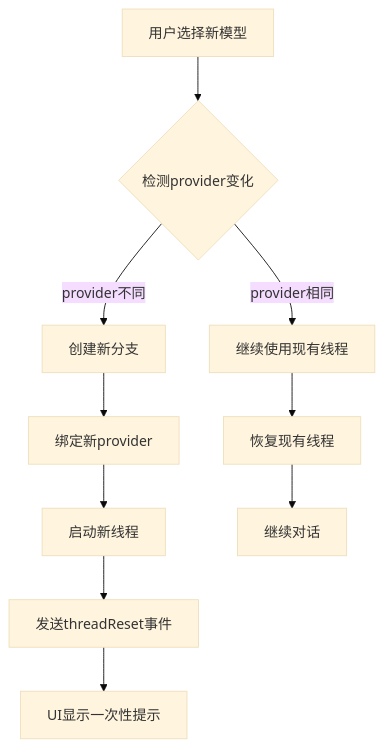
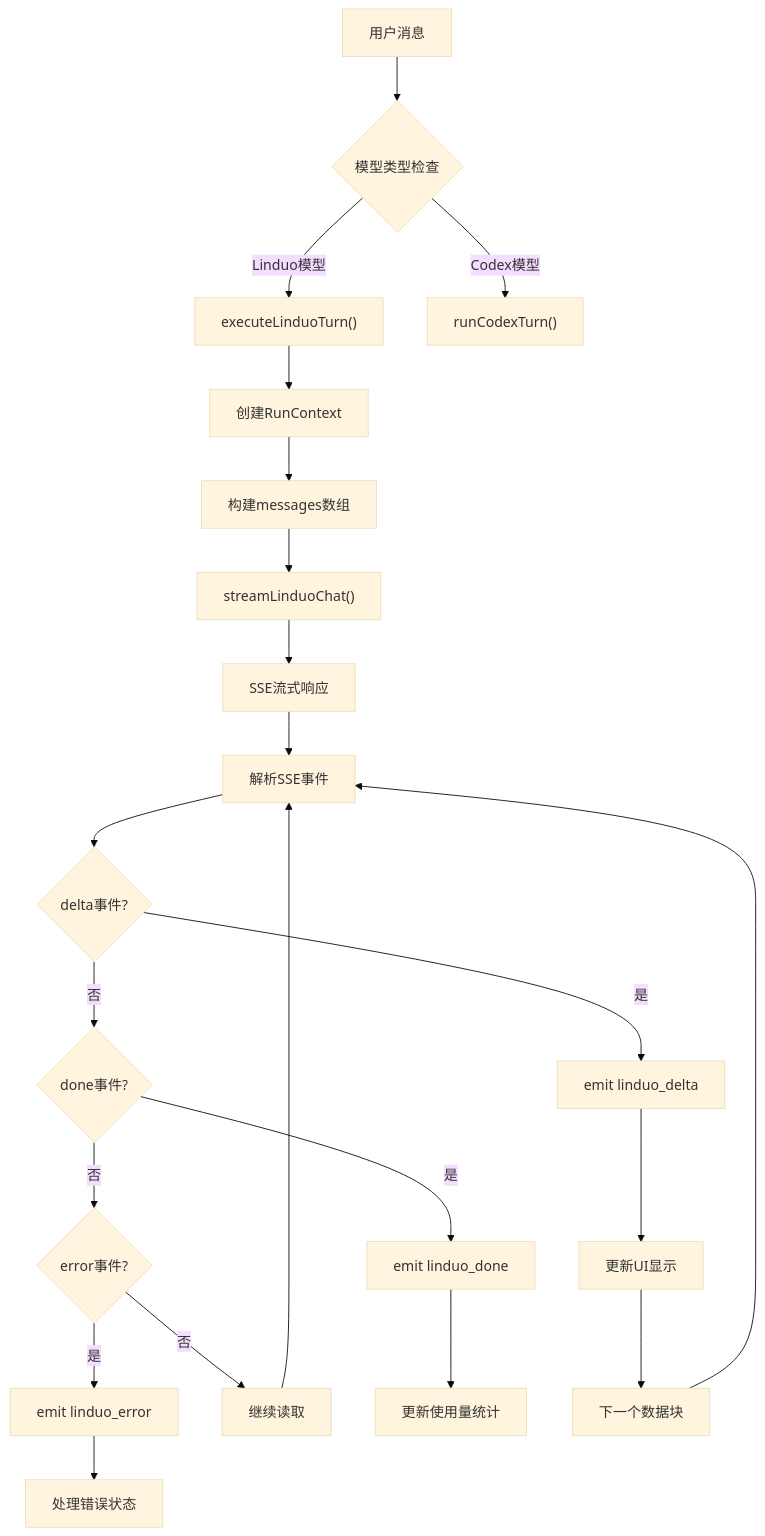
One commit to iljahofbauer219-lang/yandu changed diagram 11 of 12 in .qoder/repowiki/zh/content/核心服务/AI参谋系统架构.md. Above: the diagram before and after it, drawn with Mermaid (base theme). The commit also changed other lines of this file and 340 other files, not shown here.

````diff
--- a/.qoder/repowiki/zh/content/核心服务/AI参谋系统架构.md
+++ b/.qoder/repowiki/zh/content/核心服务/AI参谋系统架构.md
@@ -346,12 +564,24 @@
 ```mermaid
 flowchart TD
-UserSelect["用户选择新模型"] --> CheckProvider{"检测provider变化"}
-CheckProvider --> |provider相同| ContinueThread["继续使用现有线程"]
-CheckProvider --> |provider不同| CreateBranch["创建新分支"]
-CreateBranch --> SetProvider["绑定新provider"]
-SetProvider --> StartNewThread["启动新线程"]
-StartNewThread --> NotifyUI["发送threadReset事件"]
-NotifyUI --> UserNotice["UI显示一次性提示"]
-ContinueThread --> ResumeThread["恢复现有线程"]
-ResumeThread --> Continue["继续对话"]
+UserMessage["用户消息"] --> ModelCheck{"模型类型检查"}
+ModelCheck --> |Linduo模型| ExecuteLinduo["executeLinduoTurn()"]
+ModelCheck --> |Codex模型| ExecuteCodex["runCodexTurn()"]
+ExecuteLinduo --> CreateContext["创建RunContext"]
+CreateContext --> BuildMessages["构建messages数组"]
+BuildMessages --> StreamChat["streamLinduoChat()"]
+StreamChat --> SSEStream["SSE流式响应"]
+SSEStream --> ParseEvents["解析SSE事件"]
+ParseEvents --> DeltaEvent{"delta事件?"}
+DeltaEvent --> |是| EmitDelta["emit linduo_delta"]
+DeltaEvent --> |否| DoneEvent{"done事件?"}
+DoneEvent --> |是| EmitDone["emit linduo_done"]
+DoneEvent --> |否| ErrorEvent{"error事件?"}
+ErrorEvent --> |是| EmitError["emit linduo_error"]
+ErrorEvent --> |否| Continue["继续读取"]
+Continue --> ParseEvents
+EmitDelta --> UpdateUI["更新UI显示"]
+EmitDone --> UpdateUsage["更新使用量统计"]
+EmitError --> HandleError["处理错误状态"]
+UpdateUI --> NextChunk["下一个数据块"]
+NextChunk --> ParseEvents
 ```
````
